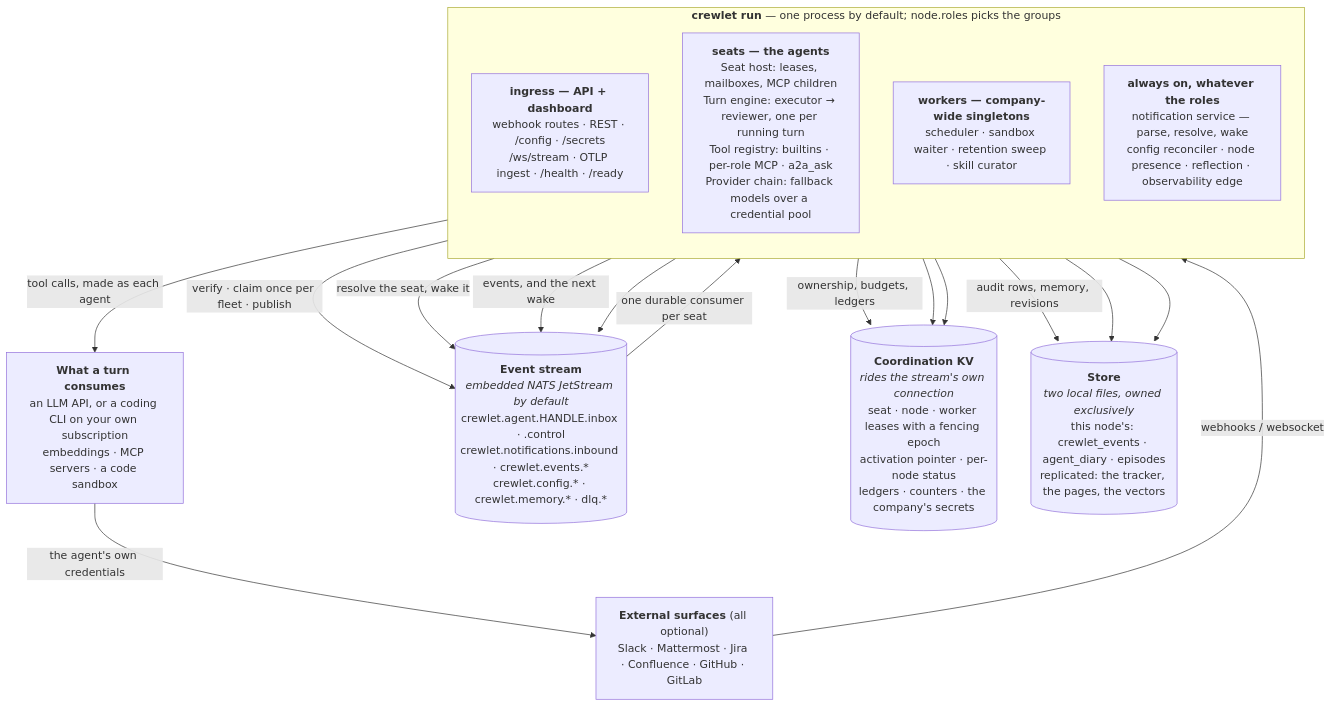
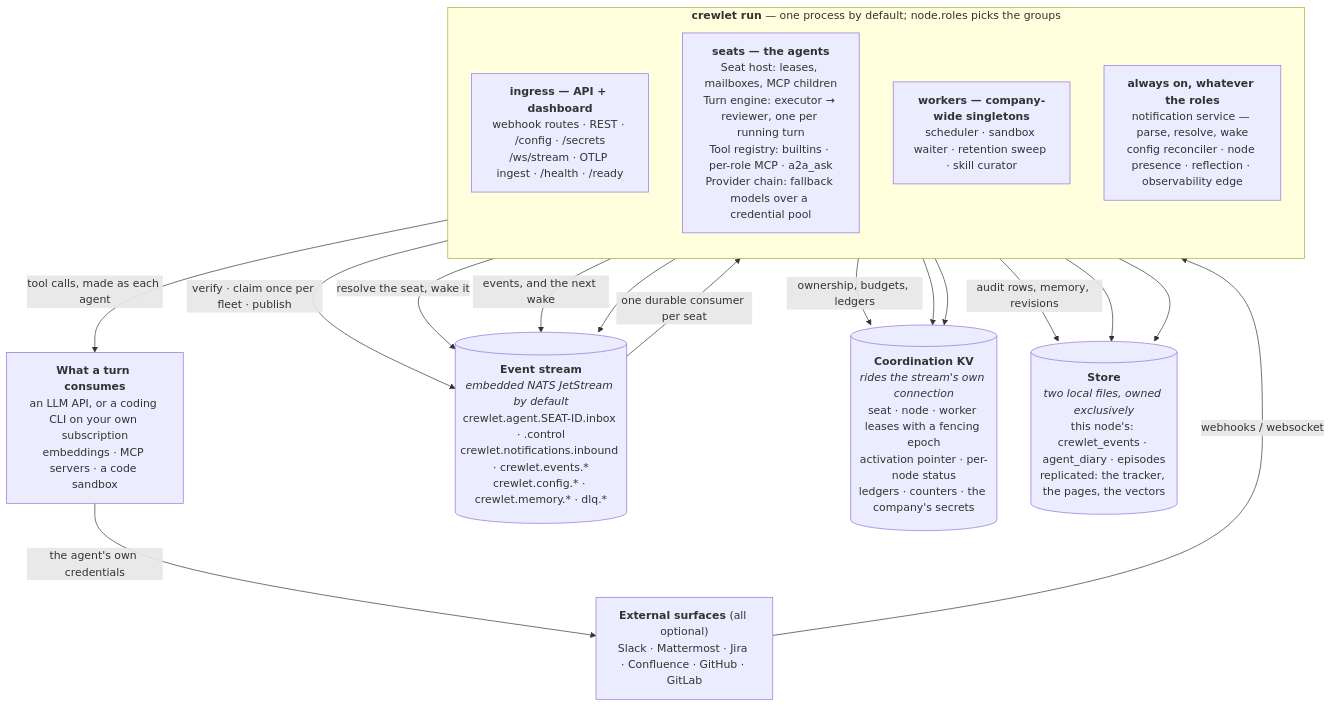
Before and after one commit to crewlet/crewlet: the diagram in docs/concepts/overview.md, drawn with Mermaid. The commit also changed 19 other files, not shown here.

````diff
--- a/docs/concepts/overview.md
+++ b/docs/concepts/overview.md
@@ -56,32 +56,32 @@
 ```mermaid
 flowchart TB
     EXT["<b>External surfaces</b> (all optional)<br/>Slack · Mattermost · Jira · Confluence · GitHub · GitLab"]
     SUPPLY["<b>What a turn consumes</b><br/>an LLM API, or a coding CLI on your own subscription<br/>embeddings · MCP servers · a code sandbox"]
 
     subgraph proc["<b>crewlet run</b> — one process by default; node.roles picks the groups"]
         direction TB
         API["<b>ingress — API + dashboard</b><br/>webhook routes · REST · /config · /secrets<br/>/ws/stream · OTLP ingest · /health · /ready"]
         SEAT["<b>seats — the agents</b><br/>Seat host: leases, mailboxes, MCP children<br/>Turn engine: executor → reviewer, one per running turn<br/>Tool registry: builtins · per-role MCP · a2a_ask<br/>Provider chain: fallback models over a credential pool"]
         DUTY["<b>workers — company-wide singletons</b><br/>scheduler · sandbox waiter · retention sweep · skill curator"]
         CORE["<b>always on, whatever the roles</b><br/>notification service — parse, resolve, wake<br/>config reconciler · node presence · reflection · observability edge"]
     end
 
-    STREAM[("<b>Event stream</b><br/><i>embedded NATS JetStream by default</i><br/>crewlet.agent.HANDLE.inbox · .control<br/>crewlet.notifications.inbound · crewlet.events.*<br/>crewlet.config.* · crewlet.memory.* · dlq.*")]
+    STREAM[("<b>Event stream</b><br/><i>embedded NATS JetStream by default</i><br/>crewlet.agent.SEAT-ID.inbox · .control<br/>crewlet.notifications.inbound · crewlet.events.*<br/>crewlet.config.* · crewlet.memory.* · dlq.*")]
     KV[("<b>Coordination KV</b><br/><i>rides the stream's own connection</i><br/>seat · node · worker leases with a fencing epoch<br/>activation pointer · per-node status<br/>ledgers · counters · the company's secrets")]
     DB[("<b>Store</b><br/><i>two local files, owned exclusively</i><br/>this node's: crewlet_events · agent_diary · episodes<br/>replicated: the tracker, the pages, the vectors")]
 
     EXT -->|"webhooks / websocket"| API
     API -->|"verify · claim once per fleet · publish"| STREAM
     CORE -->|"resolve the seat, wake it"| STREAM
     STREAM -->|"one durable consumer per seat"| SEAT
     SEAT -->|"tool calls, made as each agent"| SUPPLY
     SUPPLY -->|"the agent's own credentials"| EXT
     SEAT -->|"events, and the next wake"| STREAM
     DUTY --> STREAM
     SEAT -->|"ownership, budgets, ledgers"| KV
     CORE --> KV
     DUTY --> KV
     SEAT -->|"audit rows, memory, revisions"| DB
     CORE --> DB
     API --> DB
 ```
````
